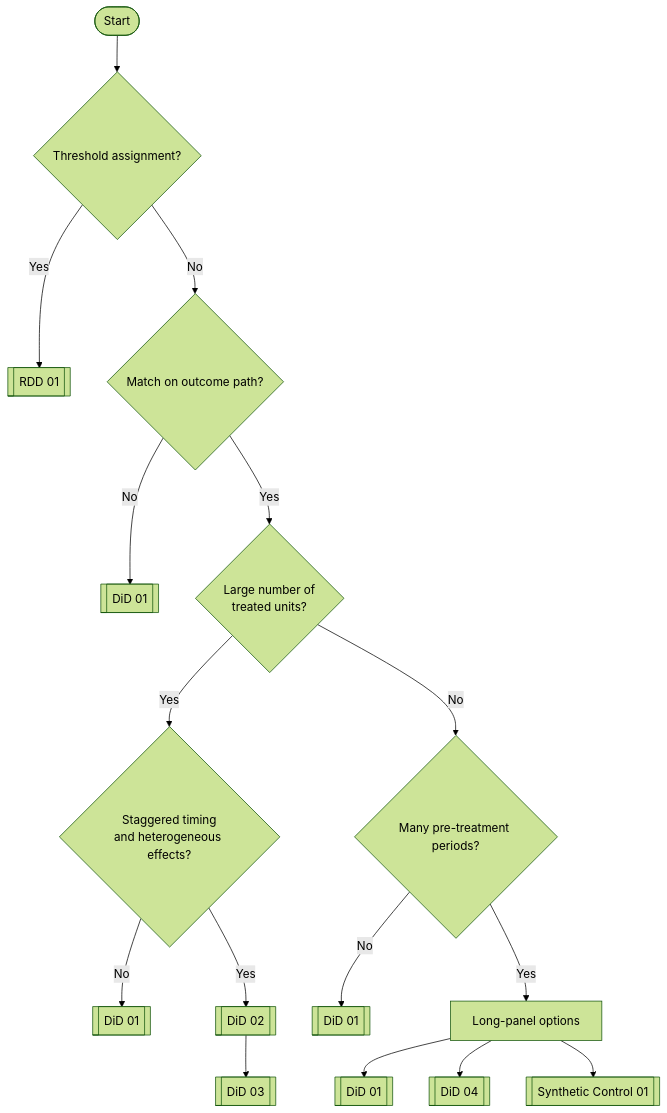
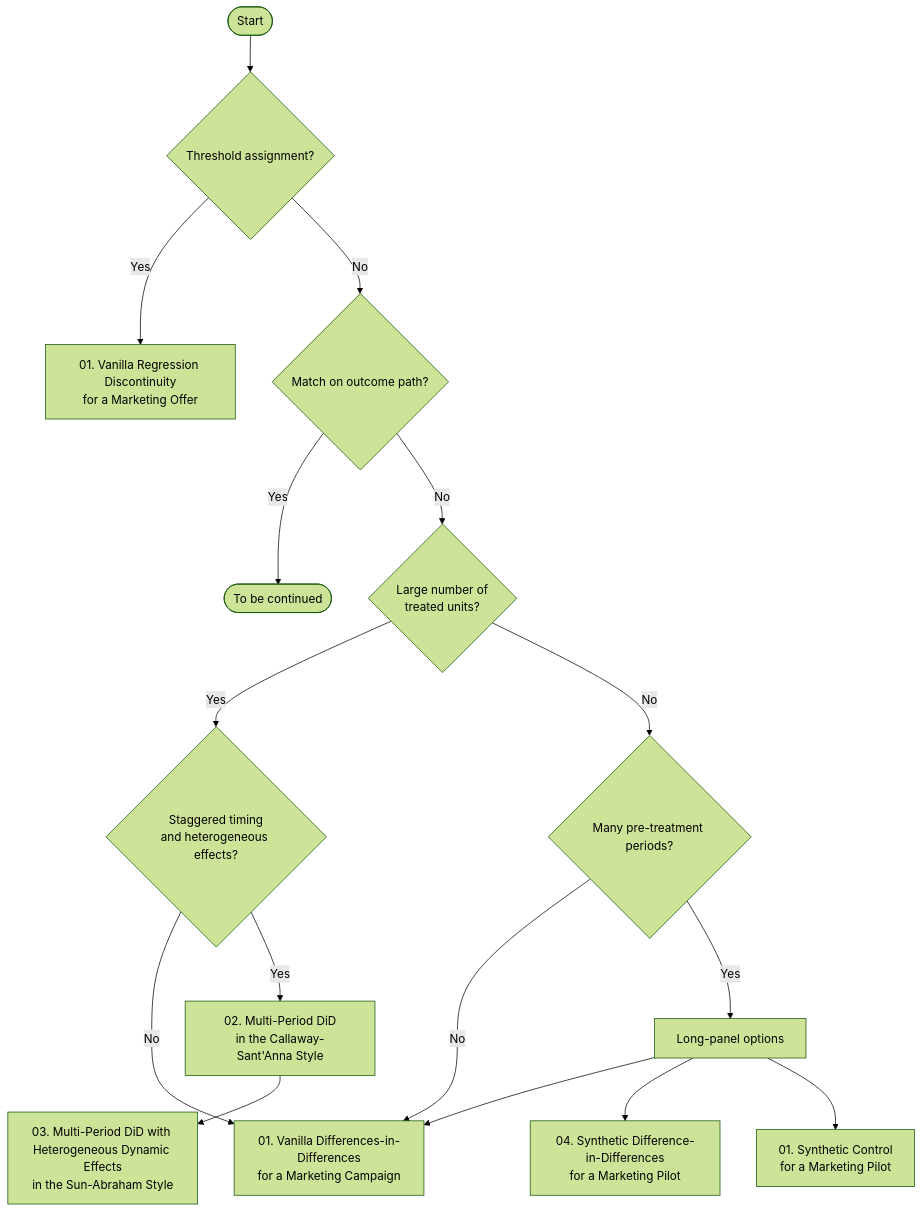
Before and after one commit to caresiri/Quasi-Experimental-Methods: the diagram in README.md, drawn with Mermaid (forest theme). The commit also changed other lines of this file, not shown here.

Commit message:
Update README visual selector logic

````diff
--- a/README.md
+++ b/README.md
@@ -50,22 +50,30 @@
 ```mermaid
 flowchart TB
     A([Start]) --> B{Threshold assignment?}
-    B -->|Yes| RDD[[RDD 01]]
+    B -->|Yes| RDD["01. Vanilla Regression Discontinuity<br/>for a Marketing Offer"]
     B -->|No| C{Match on outcome path?}
 
-    C -->|No| DID0[[DiD 01]]
-    C -->|Yes| D{Large number of<br/>treated units?}
+    C -->|Yes| TBC([To be continued])
+    C -->|No| D{Large number of<br/>treated units?}
 
     D -->|Yes| E{Staggered timing<br/>and heterogeneous effects?}
     D -->|No| F{Many pre-treatment periods?}
 
-    E -->|No| DID1[[DiD 01]]
-    E -->|Yes| DID2[[DiD 02]]
-    DID2 --> DID3[[DiD 03]]
+    E -->|No| DID1["01. Vanilla Differences-in-Differences<br/>for a Marketing Campaign"]
+    E -->|Yes| DID2["02. Multi-Period DiD<br/>in the Callaway-Sant'Anna Style"]
+    DID2 --> DID3["03. Multi-Period DiD with Heterogeneous Dynamic Effects<br/>in the Sun-Abraham Style"]
 
-    F -->|No| DID1B[[DiD 01]]
+    F -->|No| DID1
     F -->|Yes| L[Long-panel options]
-    L --> DID1C[[DiD 01]]
-    L --> DID4[[DiD 04]]
-    L --> SC[[Synthetic Control 01]]
+
+    L --> DID1
+    L --> DID4["04. Synthetic Difference-in-Differences<br/>for a Marketing Pilot"]
+    L --> SC["01. Synthetic Control<br/>for a Marketing Pilot"]
+
+    click RDD href "https://github.com/caresiri/Quasi-Experimental-Methods/blob/main/Regression-Discontinuity/01_vanilla_rdd_marketing.ipynb" "Open notebook"
+    click DID1 href "https://github.com/caresiri/Quasi-Experimental-Methods/blob/main/Differences-in-Differences/01_vanilla_did_marketing.ipynb" "Open notebook"
+    click DID2 href "https://github.com/caresiri/Quasi-Experimental-Methods/blob/main/Differences-in-Differences/02_multi_period_did_callaway_santanna_marketing.ipynb" "Open notebook"
+    click DID3 href "https://github.com/caresiri/Quasi-Experimental-Methods/blob/main/Differences-in-Differences/03_multi_period_did_heter_effects_sun_abraham.ipynb" "Open notebook"
+    click DID4 href "https://github.com/caresiri/Quasi-Experimental-Methods/blob/main/Differences-in-Differences/04_synthetic_difference_in_differences_arkhangelsky_et_al_marketing.ipynb" "Open notebook"
+    click SC href "https://github.com/caresiri/Quasi-Experimental-Methods/blob/main/Synthetic%20Controls/01_synthetic_control_marketing.ipynb" "Open notebook"
 ```
````
